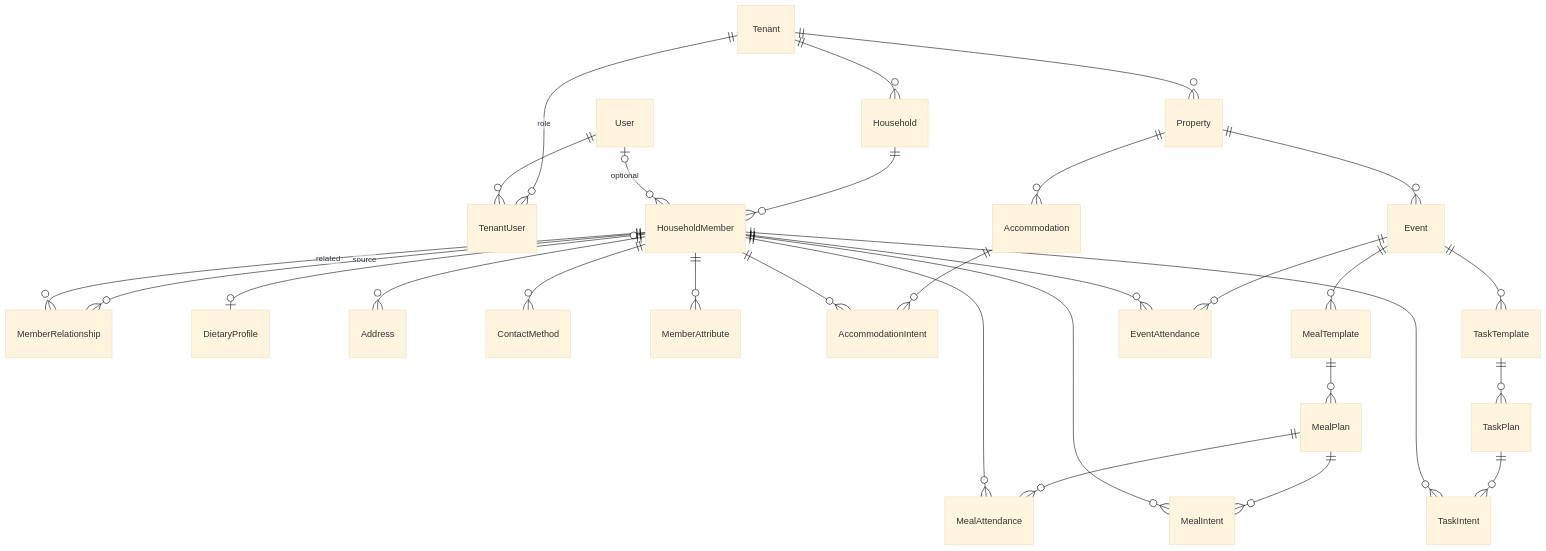
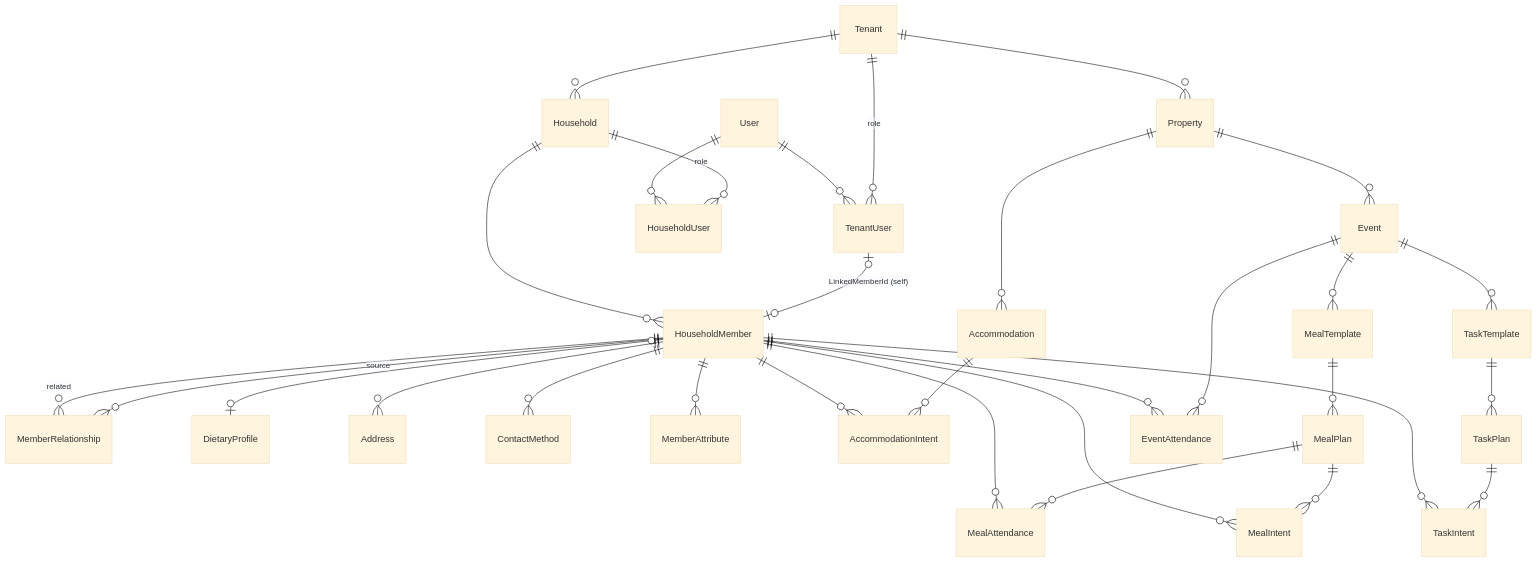
The second of 2 diagrams in docs/ARCHITECTURE.md (jayceslayn/gatherstead), drawn with Mermaid (base theme) before and after one commit. The commit also changed other lines of this file and 38 other files, not shown here.

First line of the commit message:
Refactor household member management and introduce tenant user linking

````diff
--- a/docs/ARCHITECTURE.md
+++ b/docs/ARCHITECTURE.md
@@ -76,32 +78,34 @@
 ```mermaid
 erDiagram
-    Tenant ||--o{ TenantUser : "role"
-    User   ||--o{ TenantUser : ""
-    Tenant ||--o{ Household : ""
+    Tenant    ||--o{ TenantUser    : "role"
+    User      ||--o{ TenantUser    : ""
+    TenantUser |o--o| HouseholdMember : "LinkedMemberId (self)"
+    Tenant    ||--o{ Household     : ""
+    Household ||--o{ HouseholdUser : "role"
+    User      ||--o{ HouseholdUser : ""
     Household ||--o{ HouseholdMember : ""
-    User   |o--o{ HouseholdMember : "optional"
     HouseholdMember ||--o{ MemberRelationship : "source"
     HouseholdMember ||--o{ MemberRelationship : "related"
     HouseholdMember |o--o| DietaryProfile : ""
     HouseholdMember ||--o{ Address : ""
     HouseholdMember ||--o{ ContactMethod : ""
     HouseholdMember ||--o{ MemberAttribute : ""
 
     Tenant          ||--o{ Property : ""
     Property        ||--o{ Accommodation : ""
     Accommodation   ||--o{ AccommodationIntent : ""
     HouseholdMember ||--o{ AccommodationIntent : ""
     Property        ||--o{ Event : ""
     Event           ||--o{ MealTemplate : ""
     MealTemplate    ||--o{ MealPlan : ""
     MealPlan        ||--o{ MealAttendance : ""
     MealPlan        ||--o{ MealIntent : ""
     HouseholdMember ||--o{ MealAttendance : ""
     HouseholdMember ||--o{ MealIntent : ""
     Event           ||--o{ TaskTemplate : ""
     TaskTemplate    ||--o{ TaskPlan : ""
     TaskPlan        ||--o{ TaskIntent : ""
     HouseholdMember ||--o{ TaskIntent : ""
     Event           ||--o{ EventAttendance : ""
     HouseholdMember ||--o{ EventAttendance : ""
 ```
````
